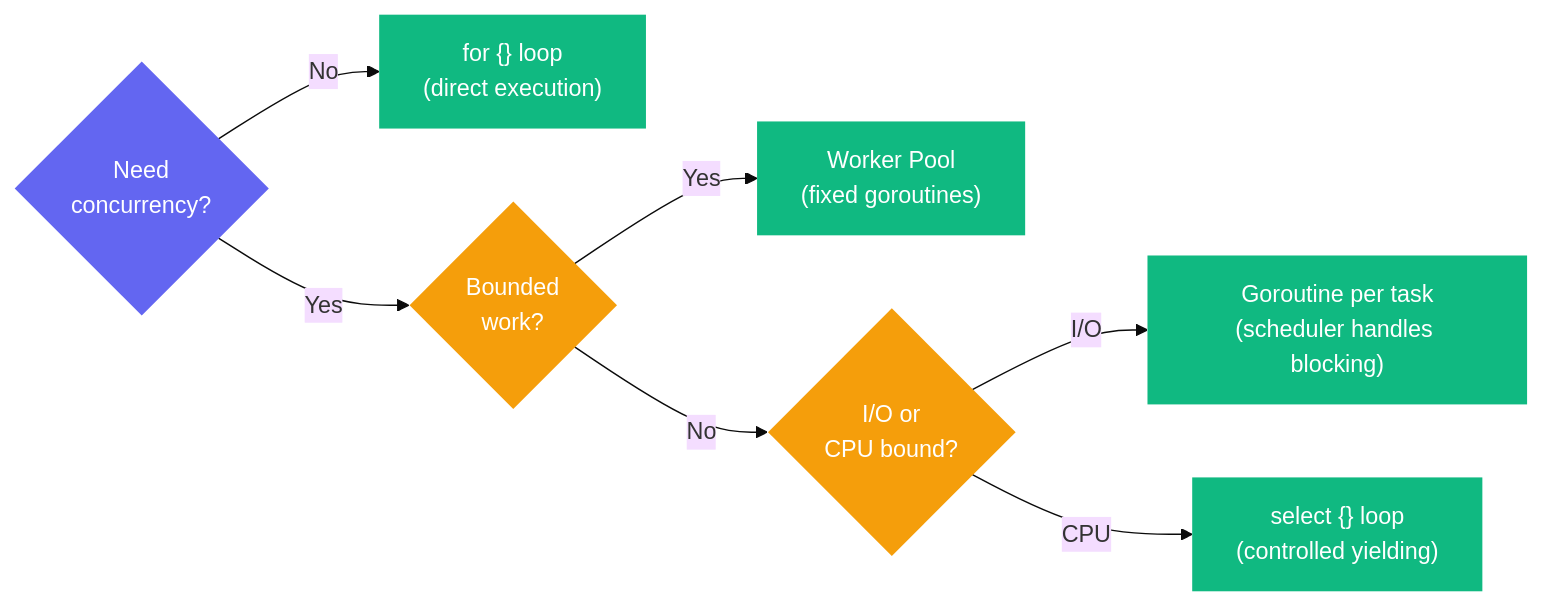
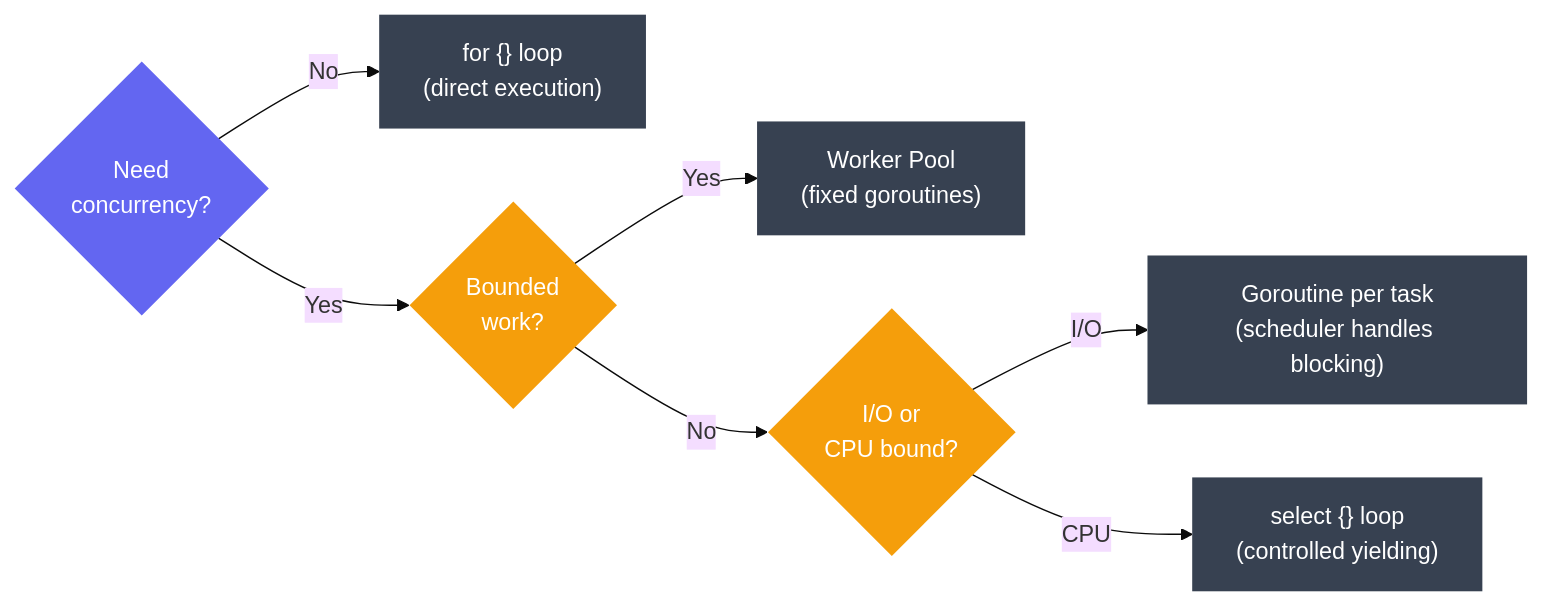
The fourth of 4 diagrams in content/writing/go-scheduler-infinite-loops.md (ashwingopalsamy/site), drawn with Mermaid (base theme) before and after one commit. The commit also changed other lines of this file and 26 other files, not shown here.

```diff
--- a/content/writing/go-scheduler-infinite-loops.md
+++ b/content/writing/go-scheduler-infinite-loops.md
@@ -280,18 +280,18 @@
 {{< mermaid >}}
 graph LR
     A{"Need\nconcurrency?"}
     A -->|No| B["for {} loop\n(direct execution)"]
     A -->|Yes| C{"Bounded\nwork?"}
     C -->|Yes| D["Worker Pool\n(fixed goroutines)"]
     C -->|No| E{"I/O or\nCPU bound?"}
     E -->|I/O| F["Goroutine per task\n(scheduler handles blocking)"]
     E -->|CPU| G["select {} loop\n(controlled yielding)"]
 
     style A fill:#6366f1,color:#fff,stroke:none
-    style B fill:#10b981,color:#fff,stroke:none
+    style B fill:#374151,color:#fff,stroke:none
     style C fill:#f59e0b,color:#fff,stroke:none
-    style D fill:#10b981,color:#fff,stroke:none
+    style D fill:#374151,color:#fff,stroke:none
     style E fill:#f59e0b,color:#fff,stroke:none
-    style F fill:#10b981,color:#fff,stroke:none
-    style G fill:#10b981,color:#fff,stroke:none
+    style F fill:#374151,color:#fff,stroke:none
+    style G fill:#374151,color:#fff,stroke:none
 {{< /mermaid >}}
```
